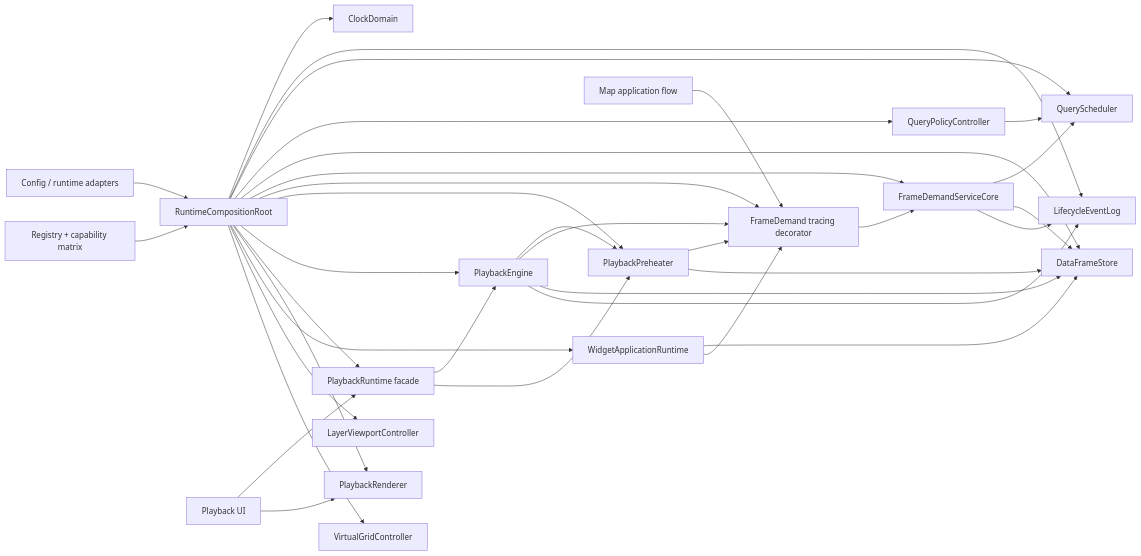
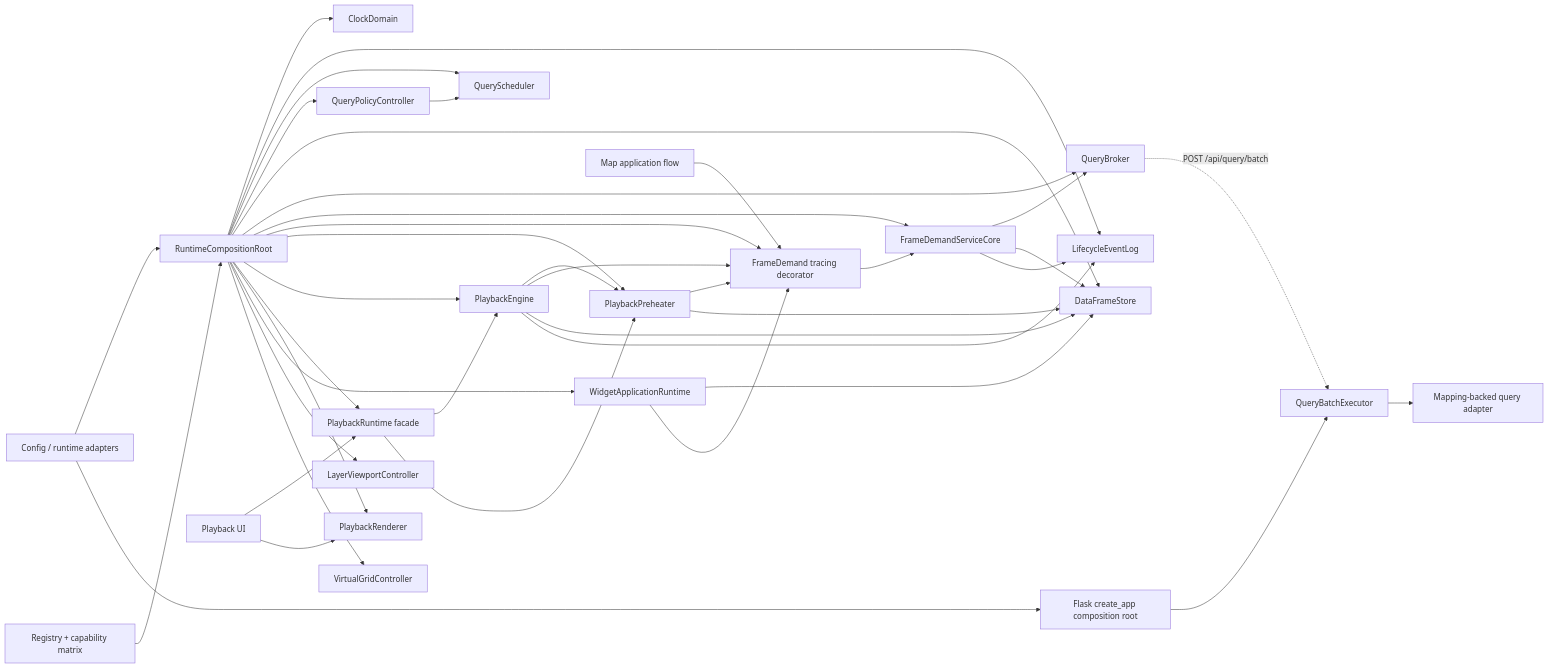
The diagram in docs/architecture/runtime-oop.md (Kagamihara-Ruruka/gfw-flask-mysql-adapter), drawn with Mermaid before and after one commit. The commit also changed other lines of this file and 25 other files, not shown here.

````diff
--- a/docs/architecture/runtime-oop.md
+++ b/docs/architecture/runtime-oop.md
@@ -19,39 +19,44 @@
 ```mermaid
 flowchart LR
   CFG["Config / runtime adapters"] --> ROOT["RuntimeCompositionRoot"]
+  CFG --> FLASKROOT["Flask create_app composition root"]
   REG["Registry + capability matrix"] --> ROOT
   ROOT --> CLOCK["ClockDomain"]
   ROOT --> EVENTS["LifecycleEventLog"]
   ROOT --> SCHED["QueryScheduler"]
   ROOT --> QUERYPOLICY["QueryPolicyController"]
   ROOT --> STORE["DataFrameStore"]
+  ROOT --> BROKER["QueryBroker"]
   ROOT --> CORE["FrameDemandServiceCore"]
   ROOT --> DECORATOR["FrameDemand tracing decorator"]
   ROOT --> PREHEAT["PlaybackPreheater"]
   ROOT --> ENGINE["PlaybackEngine"]
   ROOT --> RUNTIME["PlaybackRuntime facade"]
   ROOT --> RENDERER["PlaybackRenderer"]
   ROOT --> WIDGETAPP["WidgetApplicationRuntime"]
   ROOT --> VIEWPORT["LayerViewportController"]
   ROOT --> GRID["VirtualGridController"]
+  FLASKROOT --> BATCH["QueryBatchExecutor"]
 
   DECORATOR --> CORE
   QUERYPOLICY --> SCHED
-  CORE --> SCHED
+  CORE --> BROKER
   CORE --> STORE
   CORE --> EVENTS
+  BROKER -. "POST /api/query/batch" .-> BATCH
+  BATCH --> ADAPTER["Mapping-backed query adapter"]
   PREHEAT --> DECORATOR
   PREHEAT --> STORE
   ENGINE --> PREHEAT
   ENGINE --> DECORATOR
   ENGINE --> STORE
   ENGINE --> EVENTS
   RUNTIME --> ENGINE
   RUNTIME --> PREHEAT
 
   MAPAPP["Map application flow"] --> DECORATOR
   WIDGETAPP --> STORE
   WIDGETAPP --> DECORATOR
   UI["Playback UI"] --> RUNTIME
   UI --> RENDERER
 ```
````
